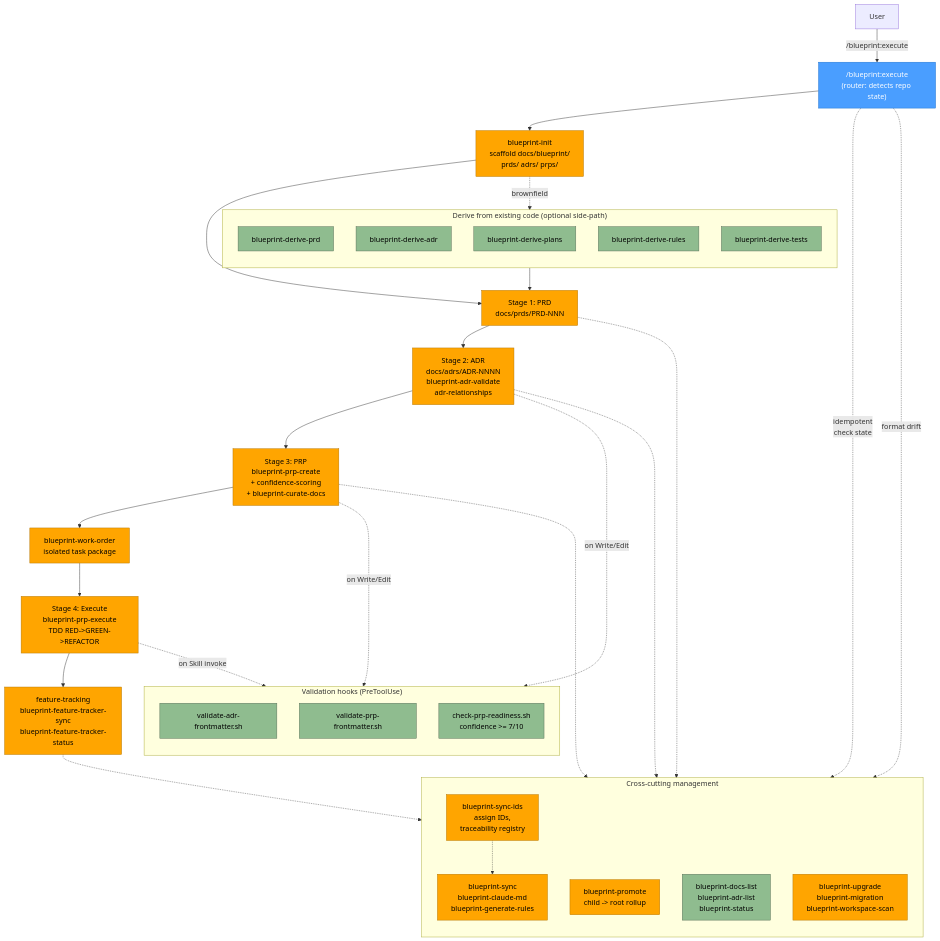
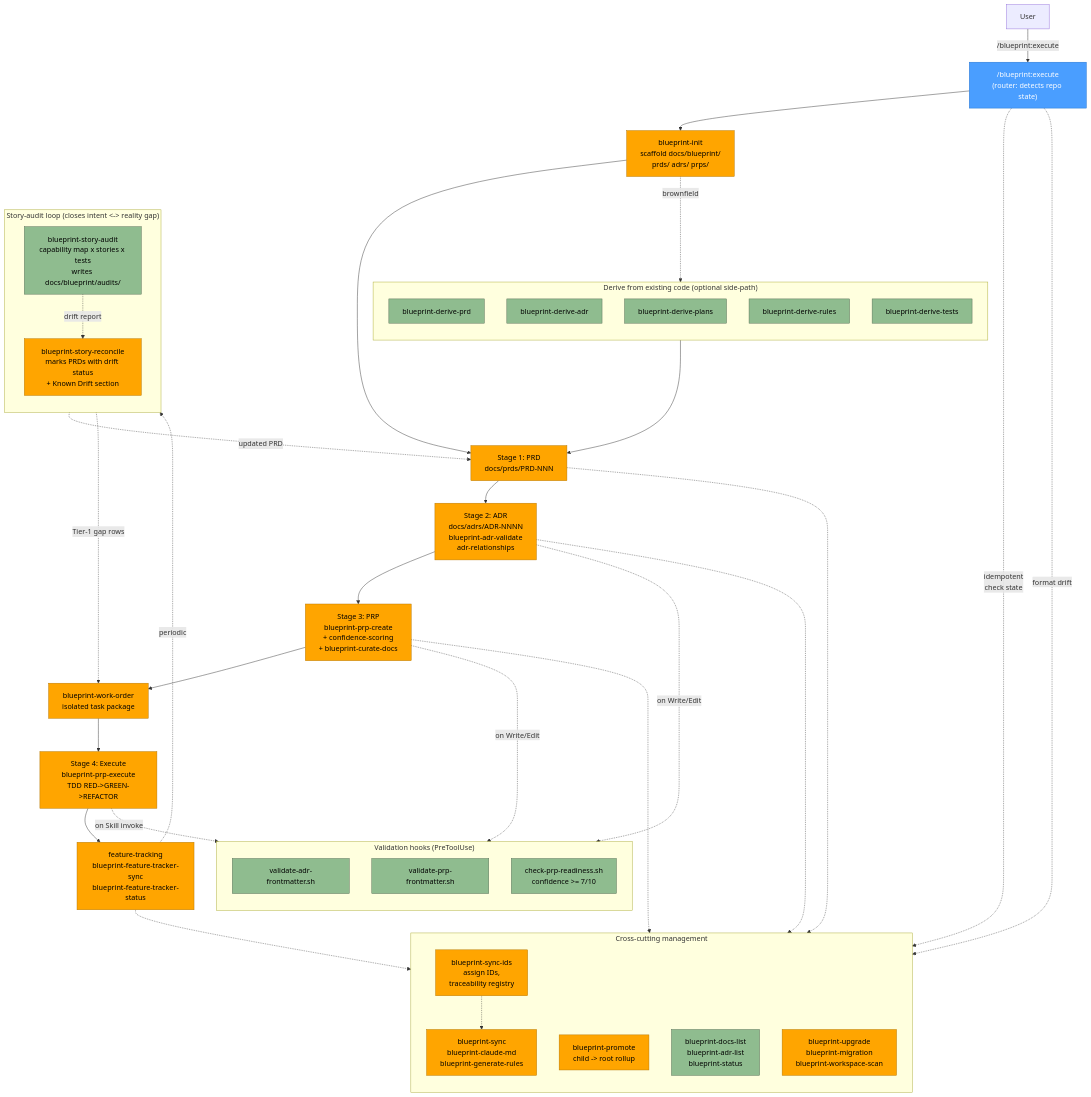
Before and after one commit to laurigates/claude-plugins: the diagram in blueprint-plugin/docs/flow.md, drawn with Mermaid. The commit also changed other lines of this file and 9 other files, not shown here.

````diff
--- a/blueprint-plugin/docs/flow.md
+++ b/blueprint-plugin/docs/flow.md
@@ -3,68 +3,79 @@
 ```mermaid
 flowchart TD
     U[User] -->|/blueprint:execute| EX["/blueprint:execute<br/>(router: detects repo state)"]
 
     EX --> INIT[blueprint-init<br/>scaffold docs/blueprint/<br/>prds/ adrs/ prps/]
 
     subgraph DERIVE["Derive from existing code (optional side-path)"]
         direction TB
         DP[blueprint-derive-prd]
         DA[blueprint-derive-adr]
         DPL[blueprint-derive-plans]
         DR[blueprint-derive-rules]
         DT[blueprint-derive-tests]
     end
 
     INIT -.->|brownfield| DERIVE
 
     INIT --> PRD[Stage 1: PRD<br/>docs/prds/PRD-NNN]
     DERIVE --> PRD
 
     PRD --> ADR[Stage 2: ADR<br/>docs/adrs/ADR-NNNN<br/>blueprint-adr-validate<br/>adr-relationships]
 
     ADR --> PRP[Stage 3: PRP<br/>blueprint-prp-create<br/>+ confidence-scoring<br/>+ blueprint-curate-docs]
 
     PRP --> WO[blueprint-work-order<br/>isolated task package]
 
     WO --> RUN[Stage 4: Execute<br/>blueprint-prp-execute<br/>TDD RED->GREEN->REFACTOR]
 
     RUN --> TRACK[feature-tracking<br/>blueprint-feature-tracker-sync<br/>blueprint-feature-tracker-status]
+
+    subgraph AUDIT["Story-audit loop (closes intent <-> reality gap)"]
+        direction TB
+        SA[blueprint-story-audit<br/>capability map x stories x tests<br/>writes docs/blueprint/audits/]
+        SR[blueprint-story-reconcile<br/>marks PRDs with drift status<br/>+ Known Drift section]
+    end
+
+    TRACK -.->|periodic| SA
+    SA -.->|drift report| SR
+    SR -.->|updated PRD| PRD
+    SA -.->|Tier-1 gap rows| WO
 
     subgraph META["Cross-cutting management"]
         direction TB
         SID[blueprint-sync-ids<br/>assign IDs,<br/>traceability registry]
         SYNC[blueprint-sync<br/>blueprint-claude-md<br/>blueprint-generate-rules]
         PROM[blueprint-promote<br/>child -> root rollup]
         LIST[blueprint-docs-list<br/>blueprint-adr-list<br/>blueprint-status]
         UPG[blueprint-upgrade<br/>blueprint-migration<br/>blueprint-workspace-scan]
     end
 
     PRD -.-> SID
     ADR -.-> SID
     PRP -.-> SID
     SID -.-> SYNC
     TRACK -.-> PROM
 
     EX -.->|idempotent<br/>check state| LIST
     EX -.->|format drift| UPG
 
     subgraph VALID["Validation hooks (PreToolUse)"]
         direction TB
         VA[validate-adr-frontmatter.sh]
         VP[validate-prp-frontmatter.sh]
         CR[check-prp-readiness.sh<br/>confidence >= 7/10]
     end
 
     ADR -.->|on Write/Edit| VA
     PRP -.->|on Write/Edit| VP
     RUN -.->|on Skill invoke| CR
 
     classDef router fill:#4a9eff,stroke:#1a6ecc,color:#fff
     classDef check fill:#8fbc8f,stroke:#556b55,color:#000
     classDef fix fill:#ffa500,stroke:#b37400,color:#000
     classDef prompt fill:#dda0dd,stroke:#8b5a8b,color:#000
 
     class EX router
-    class DP,DA,DPL,DR,DT,LIST,VA,VP,CR check
-    class INIT,PRD,ADR,PRP,WO,RUN,TRACK,SID,SYNC,PROM,UPG fix
+    class DP,DA,DPL,DR,DT,LIST,VA,VP,CR,SA check
+    class INIT,PRD,ADR,PRP,WO,RUN,TRACK,SID,SYNC,PROM,UPG,SR fix
 ```
````
